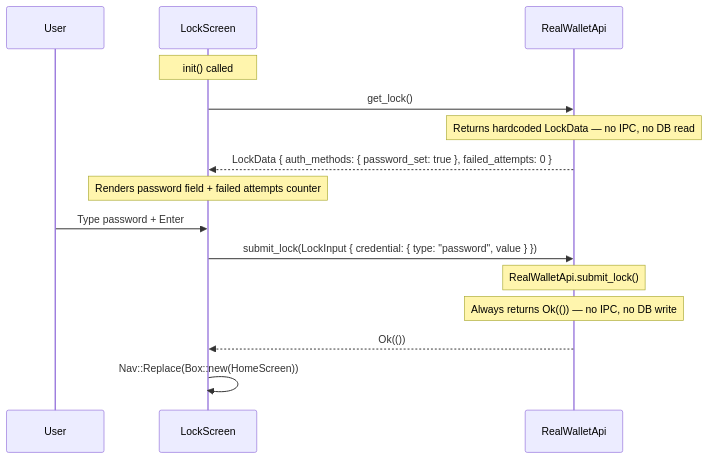
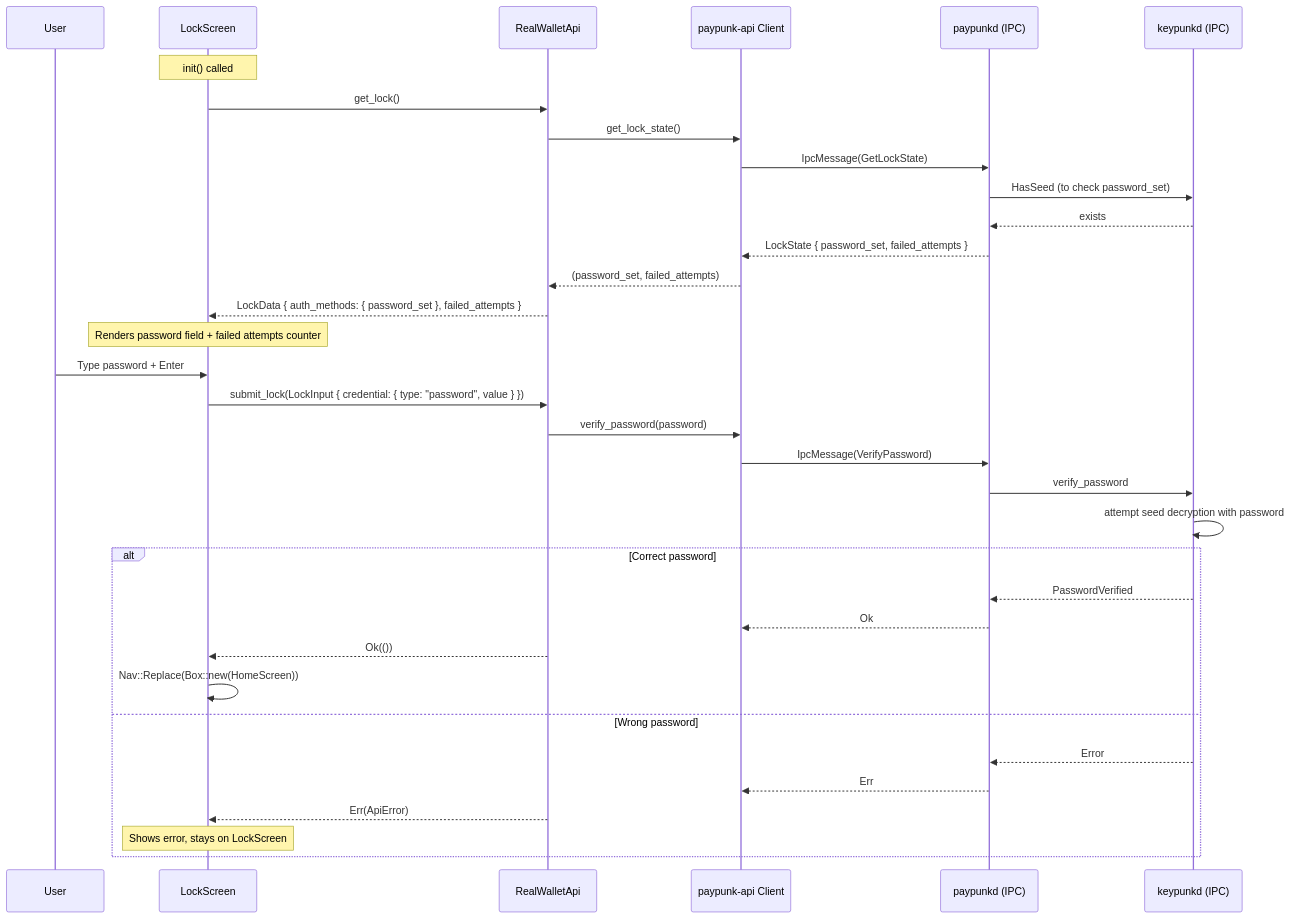
Before and after one commit to blockhackersio/paypunk: the diagram in tui/docs/usecases/03-lock.md, drawn with Mermaid. The commit also changed other lines of this file and 8 other files, not shown here.

````diff
--- a/tui/docs/usecases/03-lock.md
+++ b/tui/docs/usecases/03-lock.md
@@ -9,24 +9,40 @@
 ```mermaid
 sequenceDiagram
     participant U as User
     participant TUI as LockScreen
     participant API as RealWalletApi
+    participant Client as paypunk-api Client
+    participant paypunkd as paypunkd (IPC)
+    participant keypunkd as keypunkd (IPC)
 
     Note over TUI: init() called
     TUI->>API: get_lock()
-    Note over API: Returns hardcoded LockData — no IPC, no DB read
-    API-->>TUI: LockData { auth_methods: { password_set: true }, failed_attempts: 0 }
+    API->>Client: get_lock_state()
+    Client->>paypunkd: IpcMessage(GetLockState)
+    paypunkd->>keypunkd: HasSeed (to check password_set)
+    keypunkd-->>paypunkd: exists
+    paypunkd-->>Client: LockState { password_set, failed_attempts }
+    Client-->>API: (password_set, failed_attempts)
+    API-->>TUI: LockData { auth_methods: { password_set }, failed_attempts }
 
     Note over TUI: Renders password field + failed attempts counter
 
     U->>TUI: Type password + Enter
 
     TUI->>API: submit_lock(LockInput { credential: { type: "password", value } })
-
-    Note over API: RealWalletApi.submit_lock()
-    Note over API: Always returns Ok(()) — no IPC, no DB write
-
-    API-->>TUI: Ok(())
-
-    TUI->>TUI: Nav::Replace(Box::new(HomeScreen))
+    API->>Client: verify_password(password)
+    Client->>paypunkd: IpcMessage(VerifyPassword)
+    paypunkd->>keypunkd: verify_password
+    keypunkd->>keypunkd: attempt seed decryption with password
+    alt Correct password
+        keypunkd-->>paypunkd: PasswordVerified
+        paypunkd-->>Client: Ok
+        API-->>TUI: Ok(())
+        TUI->>TUI: Nav::Replace(Box::new(HomeScreen))
+    else Wrong password
+        keypunkd-->>paypunkd: Error
+        paypunkd-->>Client: Err
+        API-->>TUI: Err(ApiError)
+        Note over TUI: Shows error, stays on LockScreen
+    end
 ```
````
